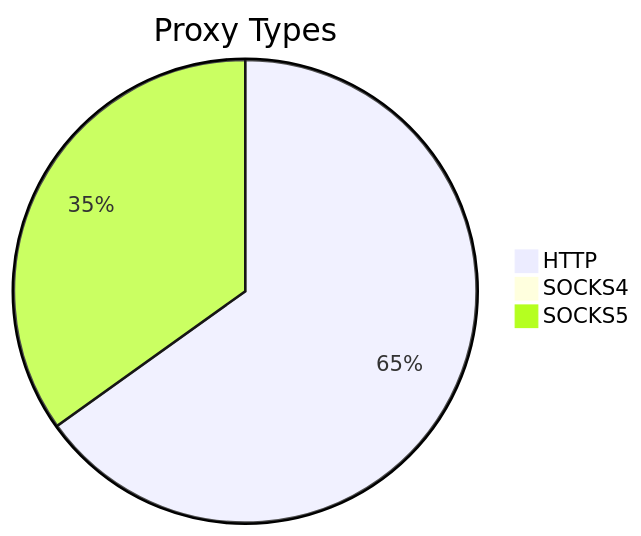
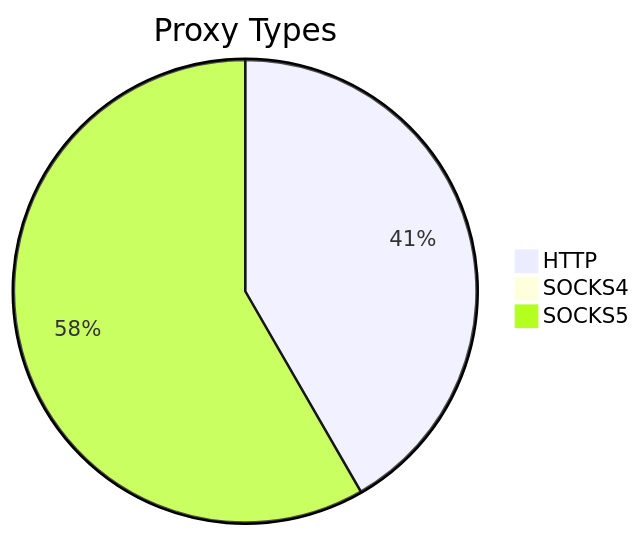
One commit to stormsia/proxy-list changed the first of 2 diagrams in README.md. Above: the diagram before and after it, drawn with Mermaid. The commit also changed other lines of this file, not shown here.

````diff
--- a/README.md
+++ b/README.md
@@ -21,6 +21,6 @@
 ```mermaid
 pie title Proxy Types
-    "HTTP" : 1786
-    "SOCKS4" : 23
-    "SOCKS5" : 957
+    "HTTP" : 2064
+    "SOCKS4" : 46
+    "SOCKS5" : 2889
 ```
````
